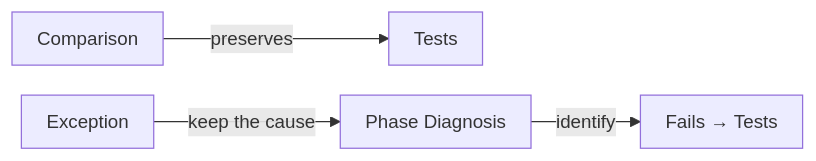
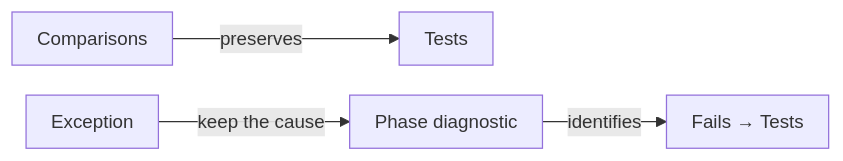
One commit to crististefanita/atf_j0 changed diagram 14 of 18 in atf-reporting/README.md. Above: the diagram before and after it, drawn with Mermaid. The commit also changed other lines of this file and 13 other files, not shown here.

````diff
--- a/atf-reporting/README.md
+++ b/atf-reporting/README.md
@@ -1550,7 +1419,7 @@
 ```mermaid
 %%{init: {"themeVariables":{"fontSize":"15px"},"themeCSS":".nodeLabel, .nodeLabel p { font-size: 15px !important; line-height: 1.35 !important; } .edgeLabel, .edgeLabel p { font-size: 12px !important; font-weight: 400 !important; line-height: 1.2 !important; } .edgeLabel .labelBkg, .edgeLabel p { background: transparent !important; } .edgeLabel foreignObject { transform: translateY(-18px); overflow: visible; } .node rect { rx: 6px; ry: 6px; }","flowchart":{"curve":"linear","nodeSpacing":24,"rankSpacing":40,"padding":10,"diagramPadding":16}}}%%
 flowchart LR
-    Checks["Comparison"] -->|preserves| Tests["Tests"]
-    Error["Exception"] -->|keep the cause| Diagnostic["Phase Diagnosis"]
-    Diagnostic -->|identify| Fails["Fails → Tests"]
+    Checks["Comparisons"] -->|preserves| Tests["Tests"]
+    Error["Exception"] -->|keep the cause| Diagnostic["Phase diagnostic"]
+    Diagnostic -->|identifies| Fails["Fails → Tests"]
 ```
````
